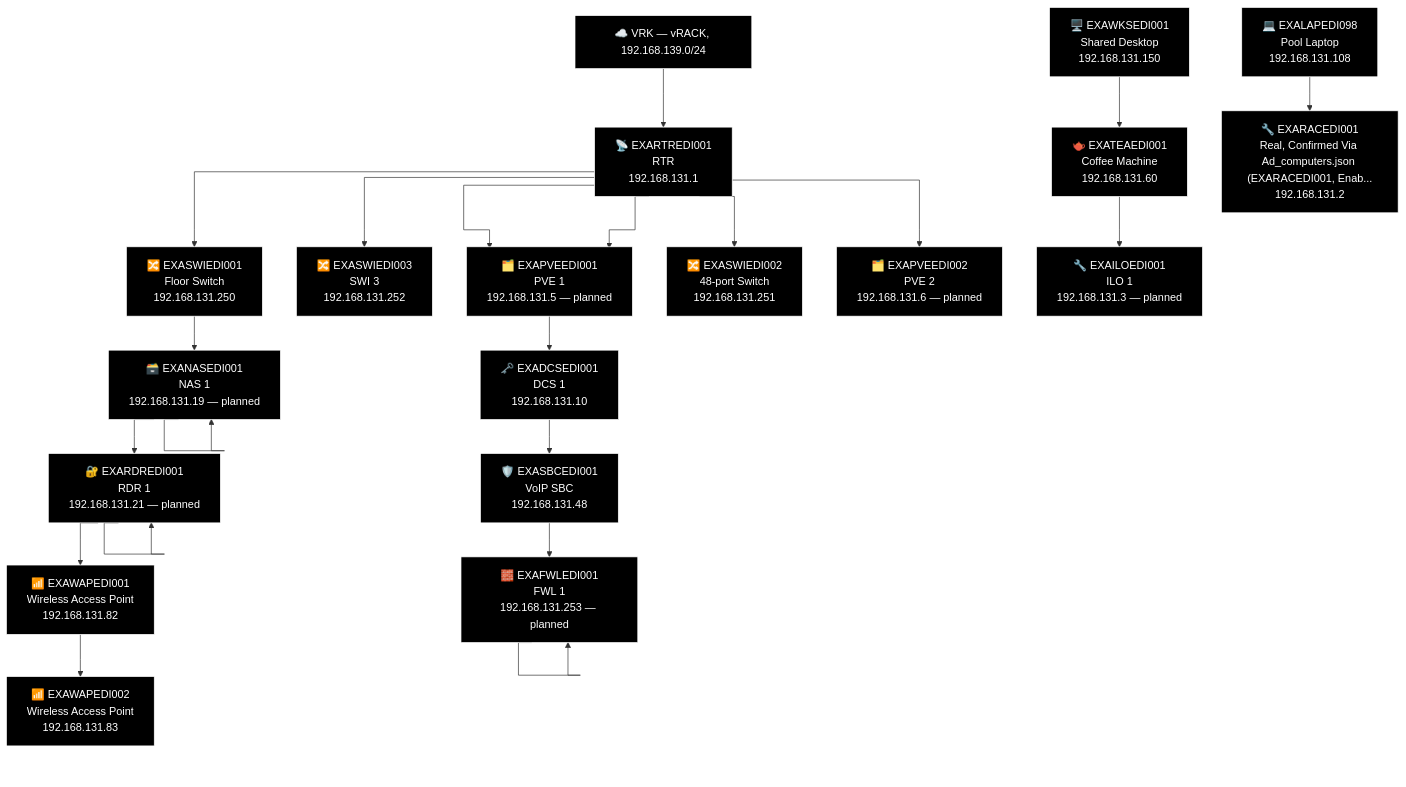
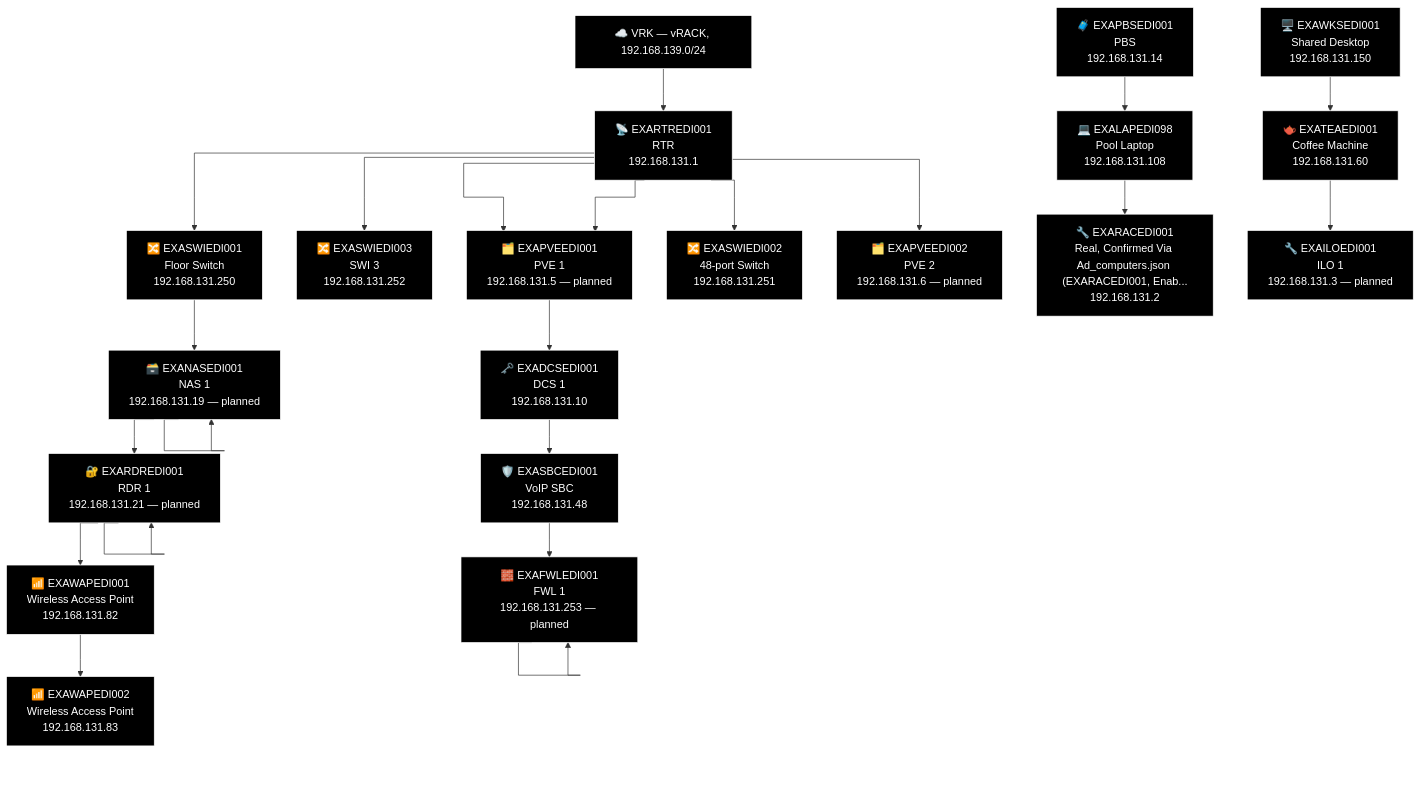
One commit to knightmare2600/example_music_infra changed the sixth of 21 diagrams in docs/network-diagram/scotland.md. Above: the diagram before and after it, drawn with Mermaid. The commit also changed other lines of this file and 14 other files, not shown here.

First line of the commit message:
docs/network-diagram: regenerate, every site was missing its PBS node

````diff
--- a/docs/network-diagram/scotland.md
+++ b/docs/network-diagram/scotland.md
@@ -442,63 +444,65 @@
 ```mermaid
 %% GENERATED:TOPOLOGY:EDI:START
 %%{init: {'flowchart': {'curve': 'stepAfter'}}}%%
 graph TD
     T_VRK["☁️ VRK — vRACK, 192.168.139.0/24"]
     T_RTR["📡 EXARTREDI001<br/>RTR<br/>192.168.131.1"]
     T_VRK --> T_RTR
     T_PVE["🗂️ EXAPVEEDI001<br/>PVE 1<br/>192.168.131.5"]
     T_RTR --> T_PVE
     T_SWI["🔀 EXASWIEDI003<br/>SWI 3<br/>192.168.131.252"]
     T_RTR --> T_SWI
     T_SWI2["🔀 EXASWIEDI001<br/>Floor Switch<br/>192.168.131.250"]
     T_RTR --> T_SWI2
     T_SWI3["🔀 EXASWIEDI002<br/>48-port Switch<br/>192.168.131.251"]
     T_RTR --> T_SWI3
     T_PVE["🗂️ EXAPVEEDI001<br/>PVE 1<br/>192.168.131.5 — planned"]
     T_RTR --> T_PVE
     T_PVE2["🗂️ EXAPVEEDI002<br/>PVE 2<br/>192.168.131.6 — planned"]
     T_RTR --> T_PVE2
     T_NAS["🗃️ EXANASEDI001<br/>NAS<br/>192.168.131.19"]
     T_NAS["🗃️ EXANASEDI001<br/>NAS 1<br/>192.168.131.19 — planned"]
     T_RDR["🔐 EXARDREDI001<br/>RDR<br/>192.168.131.21"]
     T_RDR["🔐 EXARDREDI001<br/>RDR 1<br/>192.168.131.21 — planned"]
     T_WAP["📶 EXAWAPEDI001<br/>Wireless Access Point<br/>192.168.131.82"]
     T_WAP2["📶 EXAWAPEDI002<br/>Wireless Access Point<br/>192.168.131.83"]
     T_SWI2 --> T_NAS --> T_NAS --> T_RDR --> T_RDR --> T_WAP --> T_WAP2
     T_DCS["🗝️ EXADCSEDI001<br/>DCS 1<br/>192.168.131.10"]
     T_SBC["🛡️ EXASBCEDI001<br/>VoIP SBC<br/>192.168.131.48"]
     T_FWL["🧱 EXAFWLEDI001<br/>LAN Face<br/>192.168.131.253"]
     T_FWL["🧱 EXAFWLEDI001<br/>FWL 1<br/>192.168.131.253 — planned"]
     T_PVE --> T_DCS --> T_SBC --> T_FWL --> T_FWL
+    T_PBS["🧳 EXAPBSEDI001<br/>PBS<br/>192.168.131.14"]
     T_WKS["🖥️ EXAWKSEDI001<br/>Shared Desktop<br/>192.168.131.150"]
     T_LAP["💻 EXALAPEDI098<br/>Pool Laptop<br/>192.168.131.108"]
     T_TEA["🫖 EXATEAEDI001<br/>Coffee Machine<br/>192.168.131.60"]
     T_RAC["🔧 EXARACEDI001<br/>Real, Confirmed Via Ad_computers.json (EXARACEDI001, Enab...<br/>192.168.131.2"]
     T_ILO["🔧 EXAILOEDI001<br/>ILO 1<br/>192.168.131.3 — planned"]
+    T_PBS --> T_LAP --> T_RAC
     T_WKS --> T_TEA --> T_ILO
-    T_LAP --> T_RAC
     style T_VRK fill:#000000,stroke:#FFFFFF,color:#FFFFFF
     style T_RTR fill:#000000,stroke:#FFFFFF,color:#FFFFFF
     style T_PVE fill:#000000,stroke:#FFFFFF,color:#FFFFFF
     style T_SWI fill:#000000,stroke:#FFFFFF,color:#FFFFFF
     style T_SWI2 fill:#000000,stroke:#FFFFFF,color:#FFFFFF
     style T_SWI3 fill:#000000,stroke:#FFFFFF,color:#FFFFFF
     style T_PVE fill:#000000,stroke:#FFFFFF,color:#FFFFFF
     style T_PVE2 fill:#000000,stroke:#FFFFFF,color:#FFFFFF
     style T_NAS fill:#000000,stroke:#FFFFFF,color:#FFFFFF
     style T_NAS fill:#000000,stroke:#FFFFFF,color:#FFFFFF
     style T_RDR fill:#000000,stroke:#FFFFFF,color:#FFFFFF
     style T_RDR fill:#000000,stroke:#FFFFFF,color:#FFFFFF
     style T_WAP fill:#000000,stroke:#FFFFFF,color:#FFFFFF
     style T_WAP2 fill:#000000,stroke:#FFFFFF,color:#FFFFFF
     style T_DCS fill:#000000,stroke:#FFFFFF,color:#FFFFFF
     style T_SBC fill:#000000,stroke:#FFFFFF,color:#FFFFFF
     style T_FWL fill:#000000,stroke:#FFFFFF,color:#FFFFFF
     style T_FWL fill:#000000,stroke:#FFFFFF,color:#FFFFFF
+    style T_PBS fill:#000000,stroke:#FFFFFF,color:#FFFFFF
     style T_WKS fill:#000000,stroke:#FFFFFF,color:#FFFFFF
     style T_LAP fill:#000000,stroke:#FFFFFF,color:#FFFFFF
     style T_TEA fill:#000000,stroke:#FFFFFF,color:#FFFFFF
     style T_RAC fill:#000000,stroke:#FFFFFF,color:#FFFFFF
     style T_ILO fill:#000000,stroke:#FFFFFF,color:#FFFFFF
 %% GENERATED:TOPOLOGY:EDI:END
 ```
````
